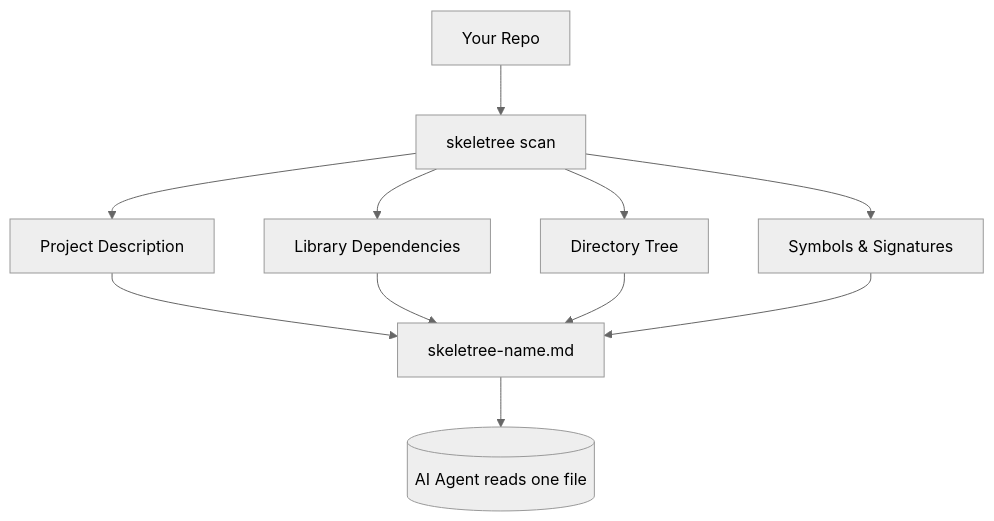
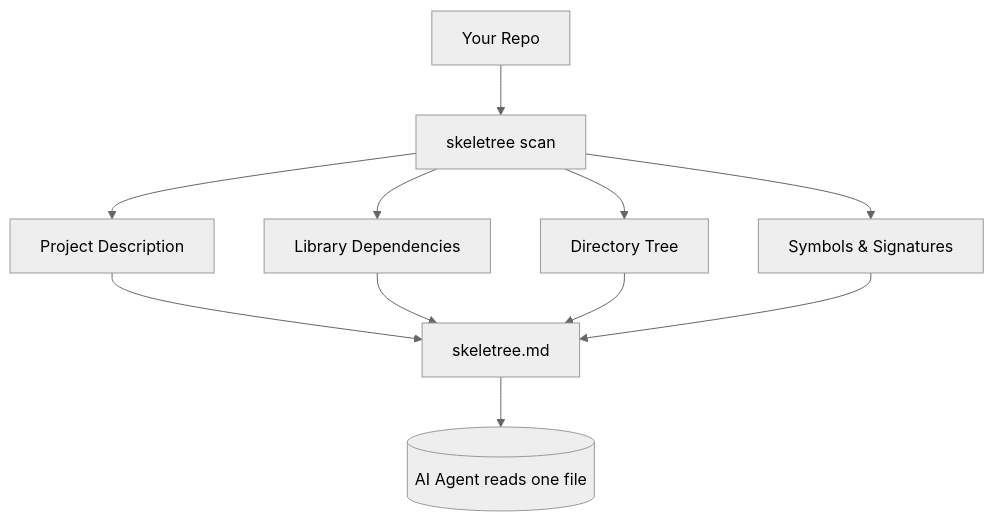
The diagram in README.md (daudibrahimhasan/skeletree), drawn with Mermaid (neutral theme) before and after one commit. The commit also changed other lines of this file and 9 other files, not shown here.

````diff
--- a/README.md
+++ b/README.md
@@ -67,10 +67,10 @@
 ```mermaid
 graph TD
     Repo[Your Repo] --> Scan[skeletree scan]
     Scan --> Desc[Project Description]
     Scan --> Deps[Library Dependencies]
     Scan --> Tree[Directory Tree]
     Scan --> Symbols[Symbols & Signatures]
-    Desc & Deps & Tree & Symbols --> Map[skeletree-name.md]
+    Desc & Deps & Tree & Symbols --> Map[skeletree.md]
     Map --> Agent[(AI Agent reads one file)]
 ```
````
